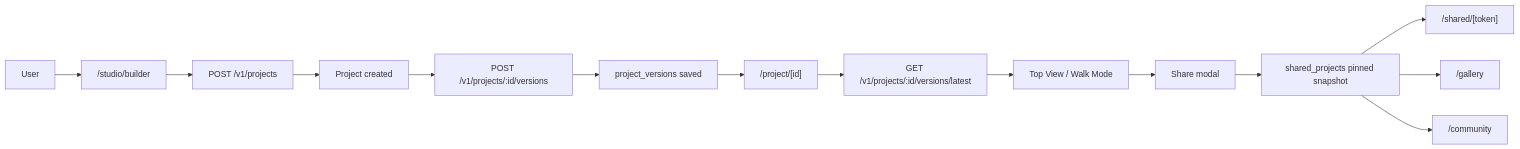
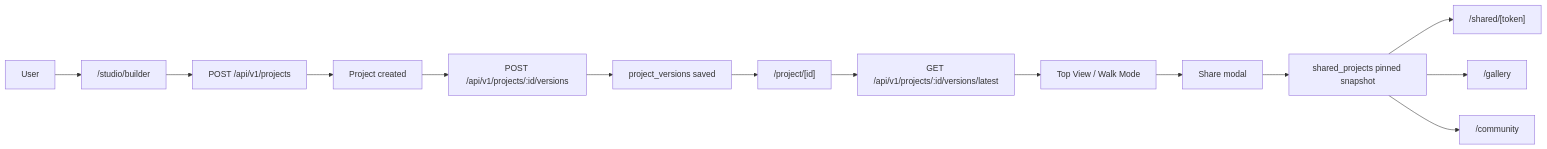
The diagram in docs/developer-handbook.md (HHSOLL/Plan2Space), drawn with Mermaid before and after one commit. The commit also changed other lines of this file and 41 other files, not shown here.

Commit message:
feat(product): pivot to builder-editor-viewer flow with scene-document domain

````diff
--- a/docs/developer-handbook.md
+++ b/docs/developer-handbook.md
@@ -58,16 +58,16 @@
 ```mermaid
 flowchart LR
   A["User"] --> B["/studio/builder"]
-  B --> C["POST /v1/projects"]
+  B --> C["POST /api/v1/projects"]
   C --> D["Project created"]
-  D --> E["POST /v1/projects/:id/versions"]
+  D --> E["POST /api/v1/projects/:id/versions"]
   E --> F["project_versions saved"]
   F --> G["/project/[id]"]
-  G --> H["GET /v1/projects/:id/versions/latest"]
+  G --> H["GET /api/v1/projects/:id/versions/latest"]
   H --> I["Top View / Walk Mode"]
   I --> J["Share modal"]
   J --> K["shared_projects pinned snapshot"]
   K --> L["/shared/[token]"]
   K --> M["/gallery"]
   K --> N["/community"]
 ```
````
